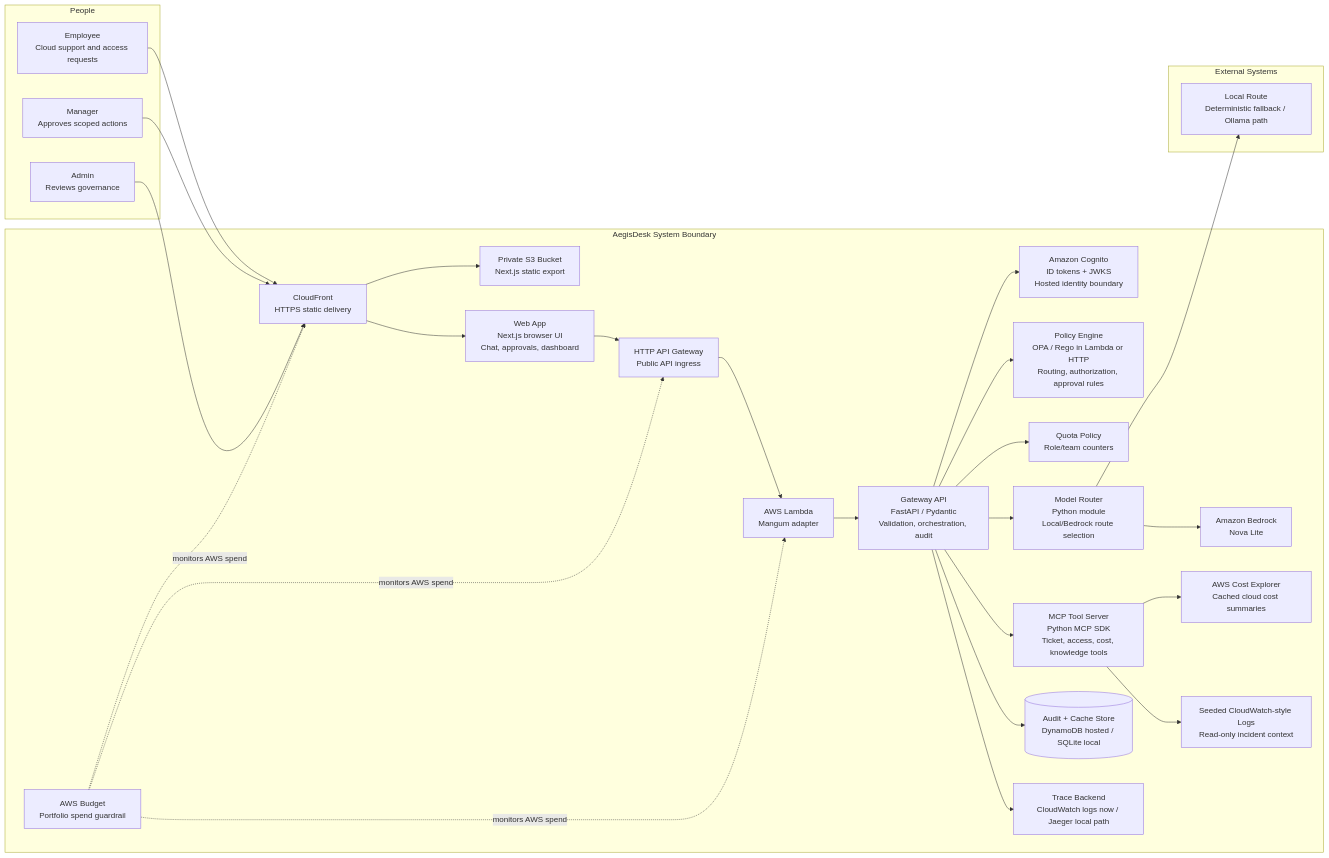
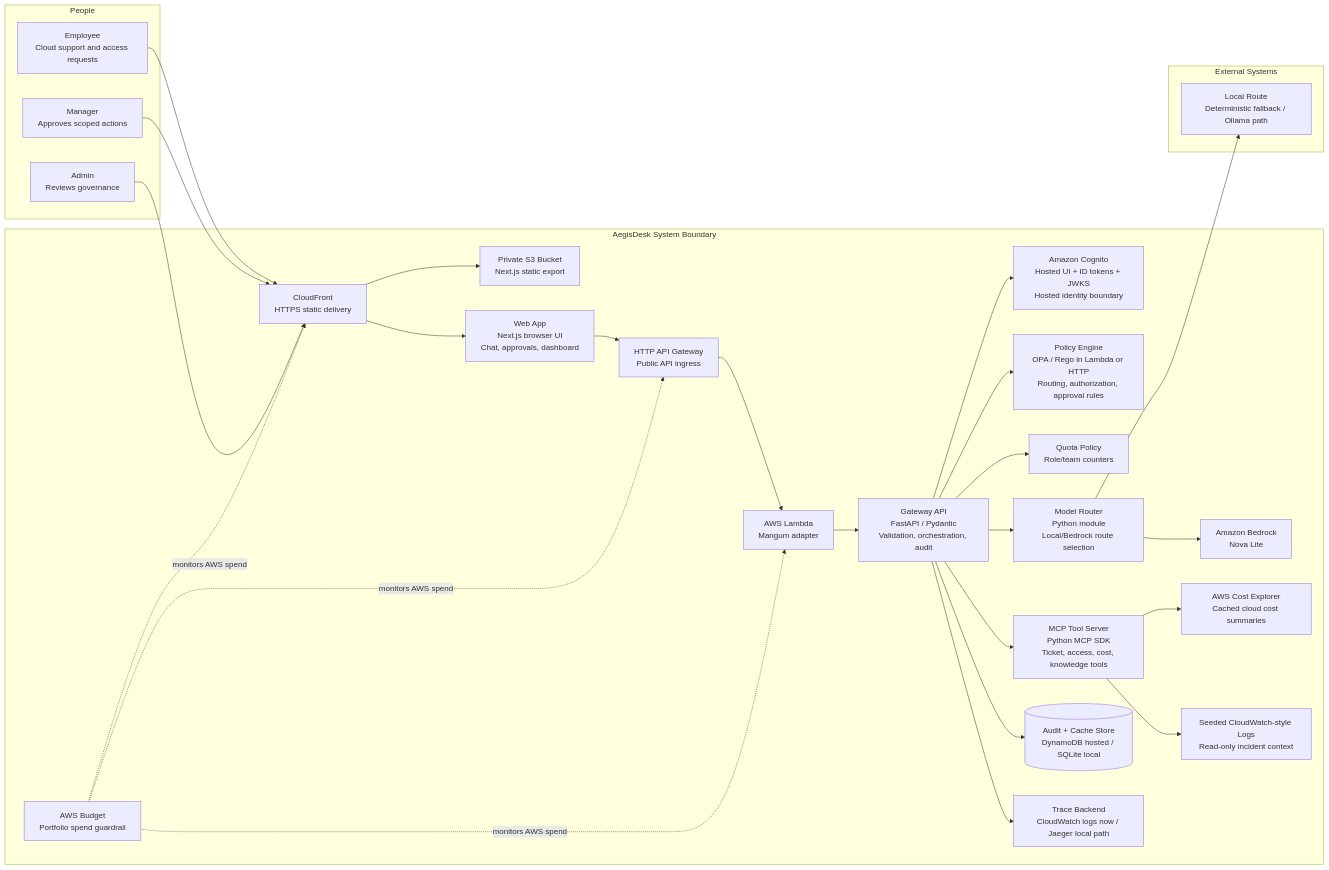
One commit to manynames3/aegisdesk-cloudops-control-plane changed the diagram in docs/architecture.md. Above: the diagram before and after it, drawn with Mermaid. The commit also changed other lines of this file and 13 other files, not shown here.

Commit message:
feat: add Cognito Hosted UI login

````diff
--- a/docs/architecture.md
+++ b/docs/architecture.md
@@ -7,55 +7,55 @@
 ```mermaid
 flowchart LR
     subgraph People["People"]
         Employee["Employee<br/>Cloud support and access requests"]
         Manager["Manager<br/>Approves scoped actions"]
         Admin["Admin<br/>Reviews governance"]
     end
 
     subgraph AegisDesk["AegisDesk System Boundary"]
         CDN["CloudFront<br/>HTTPS static delivery"]
         Static["Private S3 Bucket<br/>Next.js static export"]
         Web["Web App<br/>Next.js browser UI<br/>Chat, approvals, dashboard"]
         APIGW["HTTP API Gateway<br/>Public API ingress"]
         Lambda["AWS Lambda<br/>Mangum adapter"]
-        Auth["Amazon Cognito<br/>ID tokens + JWKS<br/>Hosted identity boundary"]
+        Auth["Amazon Cognito<br/>Hosted UI + ID tokens + JWKS<br/>Hosted identity boundary"]
         API["Gateway API<br/>FastAPI / Pydantic<br/>Validation, orchestration, audit"]
         Policy["Policy Engine<br/>OPA / Rego in Lambda or HTTP<br/>Routing, authorization, approval rules"]
         Router["Model Router<br/>Python module<br/>Local/Bedrock route selection"]
         Bedrock["Amazon Bedrock<br/>Nova Lite"]
         Tools["MCP Tool Server<br/>Python MCP SDK<br/>Ticket, access, cost, knowledge tools"]
         Cost["AWS Cost Explorer<br/>Cached cloud cost summaries"]
         Logs["Seeded CloudWatch-style Logs<br/>Read-only incident context"]
         Audit[("Audit + Cache Store<br/>DynamoDB hosted / SQLite local")]
         Quota["Quota Policy<br/>Role/team counters"]
         Trace["Trace Backend<br/>CloudWatch logs now / Jaeger local path"]
         Budget["AWS Budget<br/>Portfolio spend guardrail"]
     end
 
     subgraph External["External Systems"]
         LocalModel["Local Route<br/>Deterministic fallback / Ollama path"]
     end
 
     Employee --> CDN
     Manager --> CDN
     Admin --> CDN
     CDN --> Static
     CDN --> Web
     Web --> APIGW
     APIGW --> Lambda
     Lambda --> API
     API --> Auth
     API --> Policy
     API --> Quota
     API --> Router
     Router --> LocalModel
     Router --> Bedrock
     API --> Tools
     Tools --> Cost
     Tools --> Logs
     API --> Audit
     API --> Trace
     Budget -.->|monitors AWS spend| CDN
     Budget -.->|monitors AWS spend| APIGW
     Budget -.->|monitors AWS spend| Lambda
 ```
````
